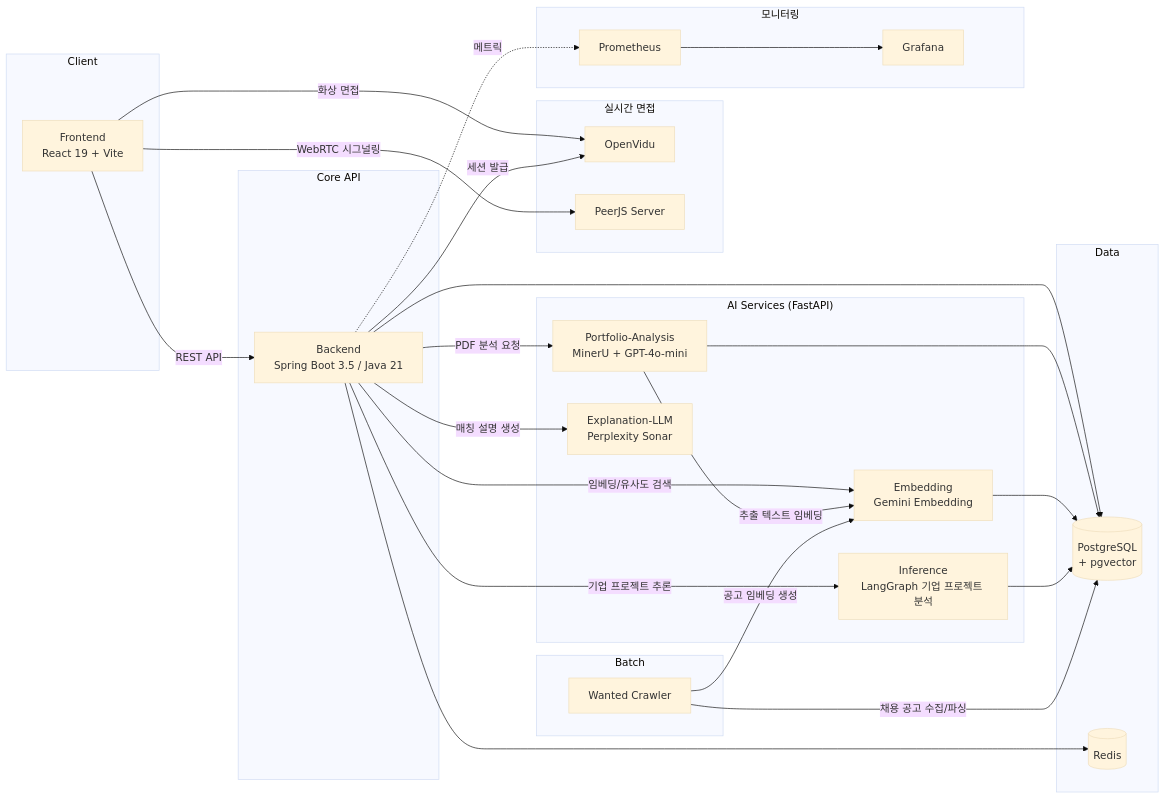
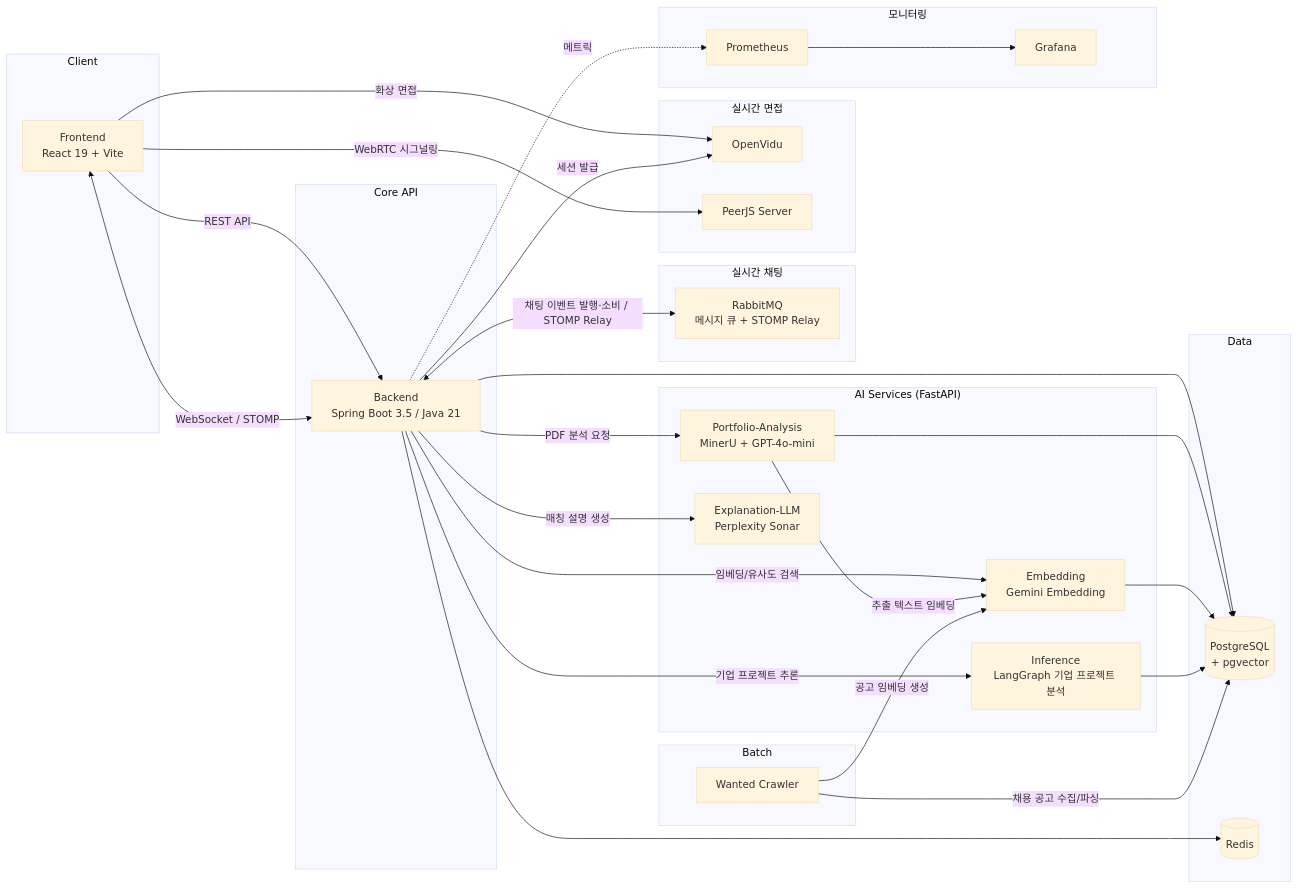
The first of 2 diagrams in README.md (KangJiSseok/PortMatch), drawn with Mermaid (base theme) before and after one commit. The commit also changed other lines of this file, not shown here.

````diff
--- a/README.md
+++ b/README.md
@@ -95,54 +196,60 @@
 ```mermaid
 flowchart LR
     subgraph Client
         FE["Frontend<br/>React 19 + Vite"]
     end
 
     subgraph Core["Core API"]
         BE["Backend<br/>Spring Boot 3.5 / Java 21"]
     end
 
     subgraph AI["AI Services (FastAPI)"]
         PA["Portfolio-Analysis<br/>MinerU + GPT-4o-mini"]
         EMB["Embedding<br/>Gemini Embedding"]
         INF["Inference<br/>LangGraph 기업 프로젝트 분석"]
         EXP["Explanation-LLM<br/>Perplexity Sonar"]
     end
 
     subgraph Data
         DB[("PostgreSQL<br/>+ pgvector")]
         REDIS[("Redis")]
     end
 
+    subgraph Messaging["실시간 채팅"]
+        MQ["RabbitMQ<br/>메시지 큐 + STOMP Relay"]
+    end
+
     subgraph RealTime["실시간 면접"]
         OV["OpenVidu"]
         PEER["PeerJS Server"]
     end
 
     subgraph Batch
         CRAWL["Wanted Crawler"]
     end
 
     subgraph Ops["모니터링"]
         PROM["Prometheus"]
         GRAF["Grafana"]
     end
 
     FE -->|REST API| BE
+    FE <-->|WebSocket / STOMP| BE
+    BE <-->|채팅 이벤트 발행·소비 / STOMP Relay| MQ
     FE -->|WebRTC 시그널링| PEER
     FE -->|화상 면접| OV
     BE --> DB
     BE --> REDIS
     BE -->|PDF 분석 요청| PA
     BE -->|임베딩/유사도 검색| EMB
     BE -->|기업 프로젝트 추론| INF
     BE -->|매칭 설명 생성| EXP
     BE -->|세션 발급| OV
     PA -->|추출 텍스트 임베딩| EMB
     PA --> DB
     EMB --> DB
     INF --> DB
     CRAWL -->|채용 공고 수집/파싱| DB
     CRAWL -->|공고 임베딩 생성| EMB
     BE -.메트릭.-> PROM --> GRAF
 ```
````
